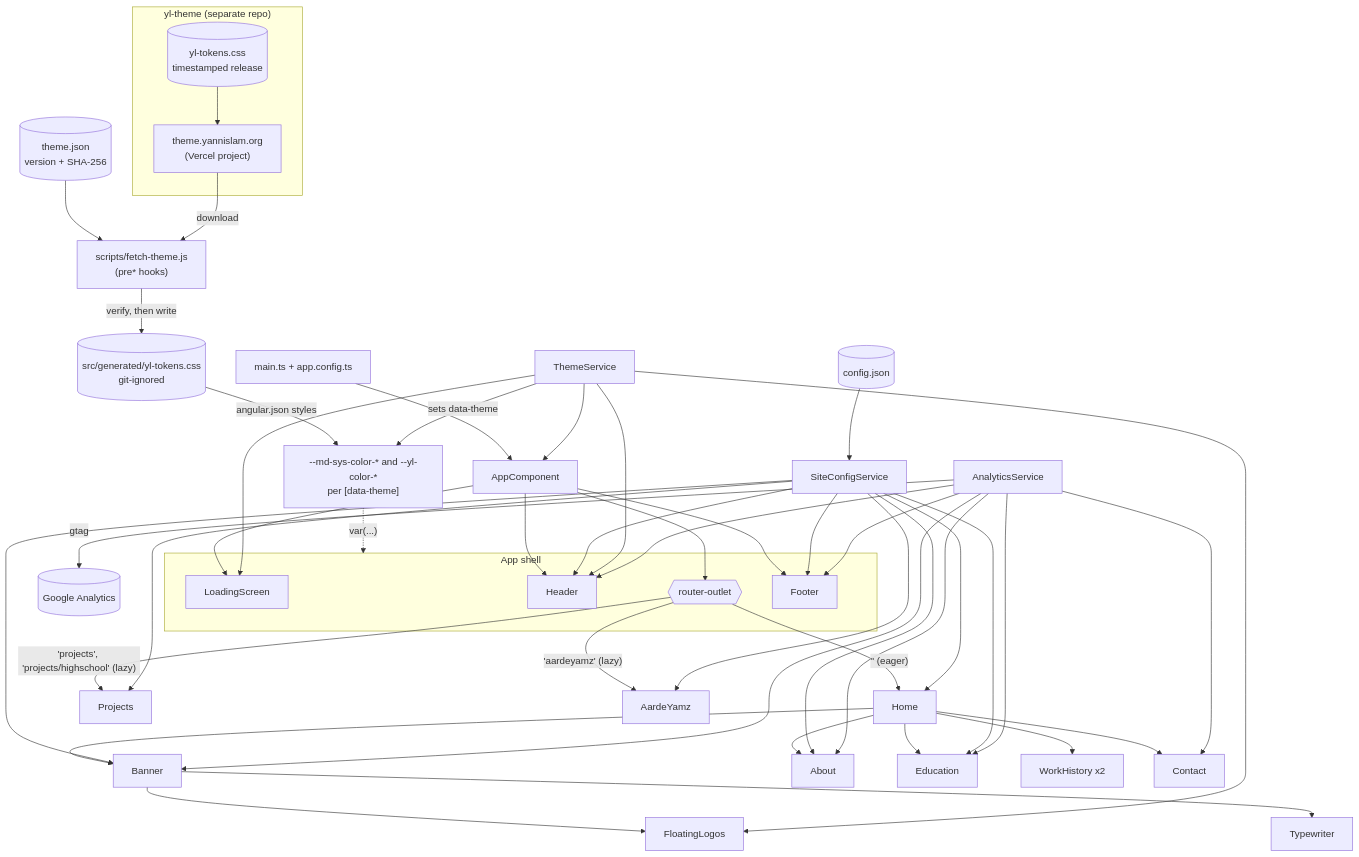
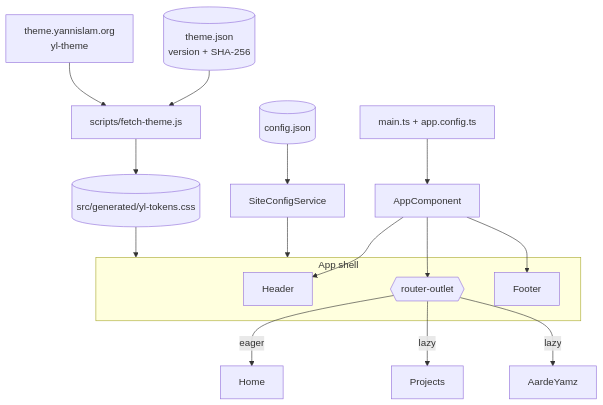
Before and after one commit to AardeYamz/v3.yannislam.org: the first of 2 diagrams in README.md, drawn with Mermaid. The commit also changed other lines of this file and 3 other files, not shown here.

First line of the commit message:
Shorten README: architecture diagram, related-repos table, layout

````diff
--- a/README.md
+++ b/README.md
@@ -103,37 +21,16 @@
 ```mermaid
 flowchart TB
     Main["main.ts + app.config.ts"] --> App["AppComponent"]
-
     subgraph Shell["App shell"]
-        Loading["LoadingScreen"]
         Header
         Outlet{{"router-outlet"}}
         Footer
     end
-    App --> Loading & Header & Outlet & Footer
-
-    Outlet -->|"'' (eager)"| Home
-    Outlet -->|"'projects', 'projects/highschool' (lazy)"| Projects
-    Outlet -->|"'aardeyamz' (lazy)"| AardeYamz
-
-    Home --> Banner & About & Education & Work["WorkHistory x2"] & Contact
-    Banner --> Floating["FloatingLogos"] & Typewriter
-
-    Config[("config.json")] --> SiteConfig["SiteConfigService"]
-    SiteConfig --> Header & Footer & Home & Banner & About & Education & Projects & AardeYamz
-
-    Theme["ThemeService"] --> App & Header & Loading & Floating
-
-    subgraph ThemeRepo["yl-theme (separate repo)"]
-        Tokens[("yl-tokens.css<br/>timestamped release")] --> ThemeHost["theme.yannislam.org<br/>(Vercel project)"]
-    end
-    Pin[("theme.json<br/>version + SHA-256")] --> Fetch["scripts/fetch-theme.js<br/>(pre* hooks)"]
-    ThemeHost -->|"download"| Fetch
-    Fetch -->|"verify, then write"| Generated[("src/generated/yl-tokens.css<br/>git-ignored")]
-    Generated -->|"angular.json styles"| CSS["--md-sys-color-* and --yl-color-*<br/>per [data-theme]"]
-    Theme -->|"sets data-theme"| CSS
-    CSS -.->|"var(...)"| Shell
-
-    Analytics["AnalyticsService"] --> Header & Footer & Banner & About & Education & Contact
-    Analytics -->|"gtag"| GA[("Google Analytics")]
+    App --> Header & Outlet & Footer
+    Outlet -->|"eager"| Home
+    Outlet -->|"lazy"| Projects & AardeYamz
+    Config[("config.json")] --> SiteConfig["SiteConfigService"] --> Shell
+    Pin[("theme.json<br/>version + SHA-256")] --> Fetch["scripts/fetch-theme.js"]
+    ThemeHost["theme.yannislam.org<br/>yl-theme"] --> Fetch
+    Fetch --> Tokens[("src/generated/yl-tokens.css")] --> Shell
 ```
````
